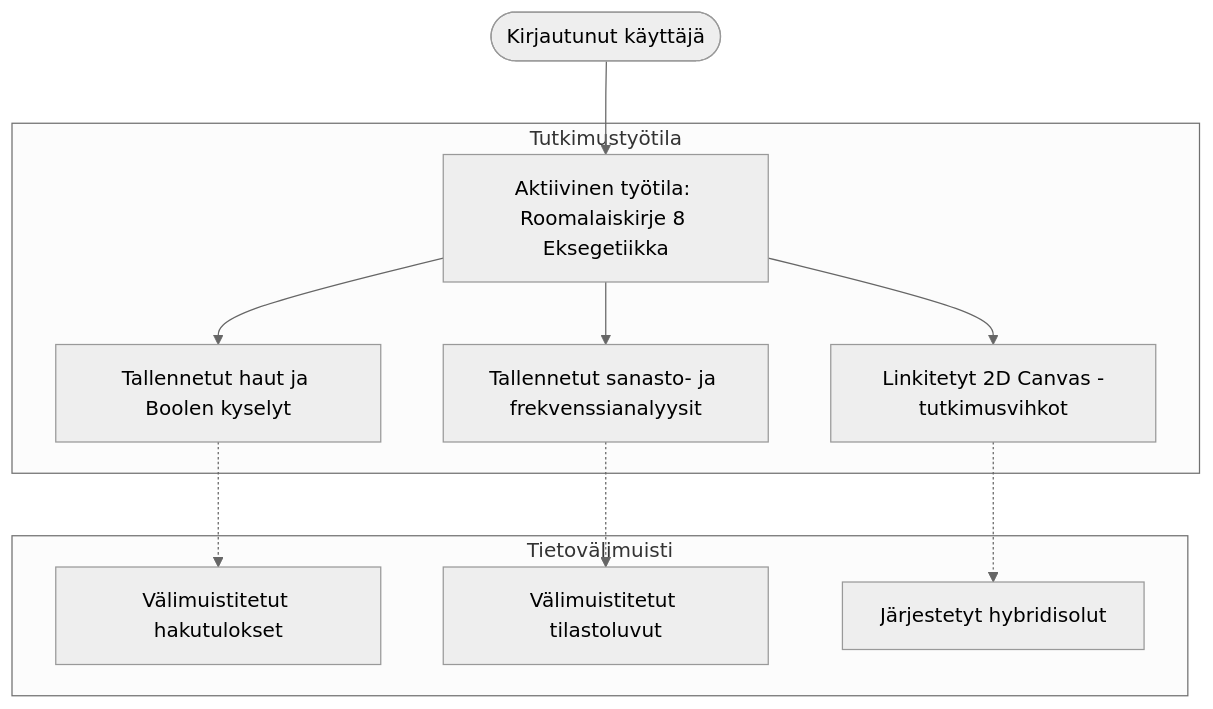
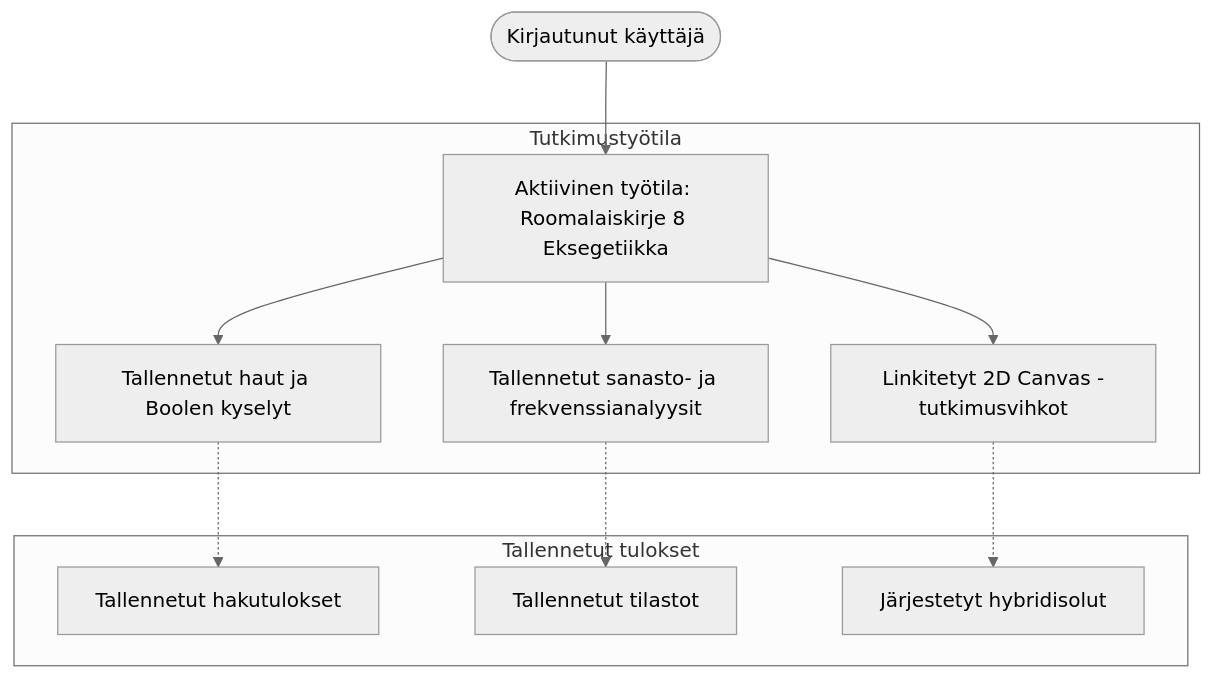
Before and after one commit to mvirtai/clible-v3-go: the diagram in docs/fi/guide/workspaces.md, drawn with Mermaid (neutral theme). The commit also changed other lines of this file and 21 other files, not shown here.

````diff
--- a/docs/fi/guide/workspaces.md
+++ b/docs/fi/guide/workspaces.md
@@ -18,16 +18,16 @@
 ```mermaid
 graph TD
     User(["Kirjautunut käyttäjä"]) --> Scope["Aktiivinen työtila: Roomalaiskirje 8 Eksegetiikka"]
     
     subgraph Workspace_Scope ["Tutkimustyötila"]
         Scope --> Searches["Tallennetut haut ja Boolen kyselyt"]
         Scope --> Analyses["Tallennetut sanasto- ja frekvenssianalyysit"]
         Scope --> Notebooks["Linkitetyt 2D Canvas -tutkimusvihkot"]
     end
     
-    subgraph Data_Cache ["Tietovälimuisti"]
-        Searches -.-> C1["Välimuistitetut hakutulokset"]
-        Analyses -.-> C2["Välimuistitetut tilastoluvut"]
+    subgraph Data_Cache ["Tallennetut tulokset"]
+        Searches -.-> C1["Tallennetut hakutulokset"]
+        Analyses -.-> C2["Tallennetut tilastot"]
         Notebooks -.-> C3["Järjestetyt hybridisolut"]
     end
 ```
````
